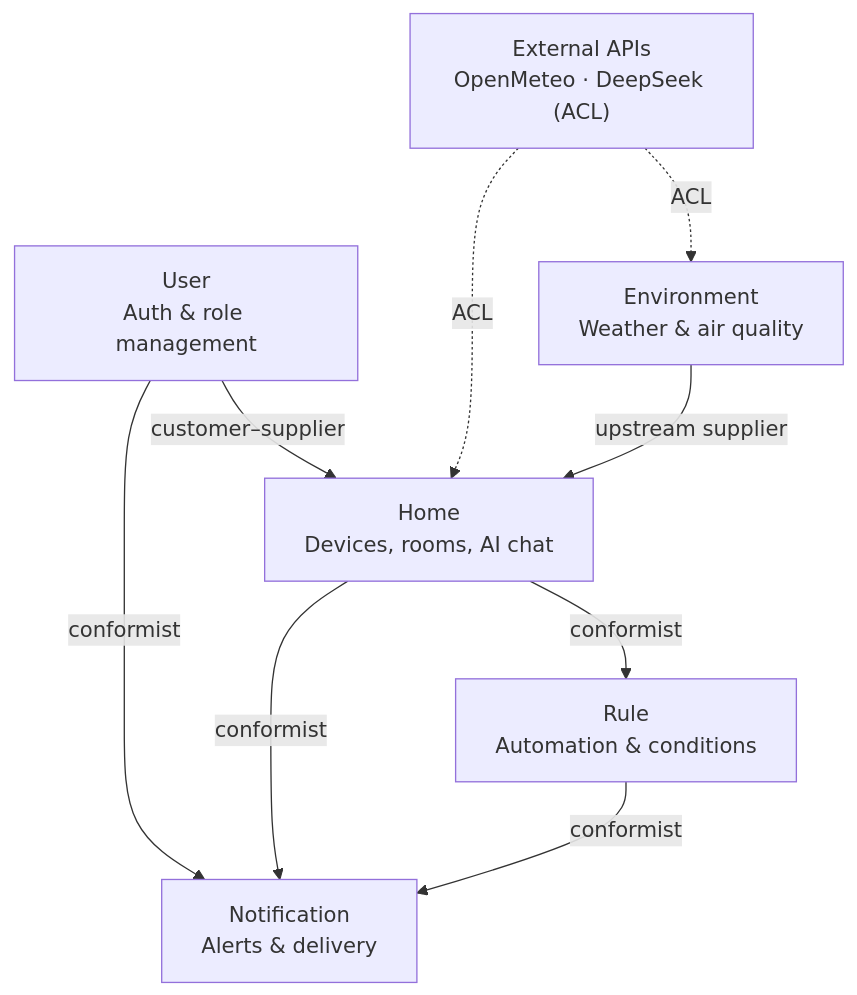
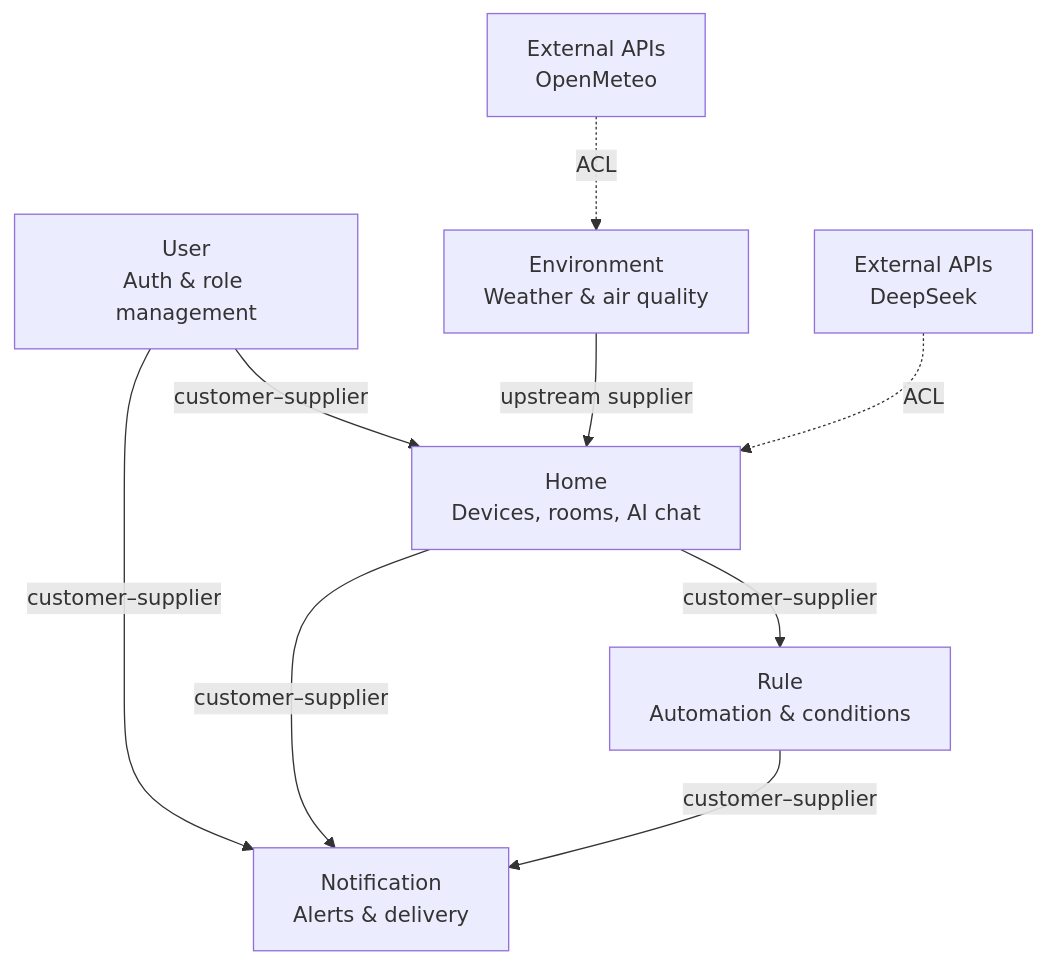
One commit to nicolo-mn/HiHome changed the fifth of 5 diagrams in docs-spe/design.md. Above: the diagram before and after it, drawn with Mermaid. The commit also changed other lines of this file and 2 other files, not shown here.

Commit message:
docs(spe): fix relationships models in design

````diff
--- a/docs-spe/design.md
+++ b/docs-spe/design.md
@@ -211,18 +210,19 @@
 ```mermaid
 graph TD
-    User["User\nAuth & role management"]
-    Home["Home\nDevices, rooms, AI chat"]
-    Rule["Rule\nAutomation & conditions"]
-    Notification["Notification\nAlerts & delivery"]
-    Environment["Environment\nWeather & air quality"]
-    ExtAPIs["External APIs\nOpenMeteo · DeepSeek (ACL)"]
+    User["User<br/>Auth & role management"]
+    Home["Home<br/>Devices, rooms, AI chat"]
+    Rule["Rule<br/>Automation & conditions"]
+    Notification["Notification<br/>Alerts & delivery"]
+    Environment["Environment<br/>Weather & air quality"]
+    ExtAPIOpenMeteo["External APIs<br/>OpenMeteo"]
+    ExtAPIDeepSeek["External APIs<br/>DeepSeek"]
 
     User -->|customer–supplier| Home
-    Home -->|conformist| Rule
-    Home -->|conformist| Notification
-    Rule -->|conformist| Notification
-    User -->|conformist| Notification
+    Home -->|customer–supplier| Rule
+    Home -->|customer–supplier| Notification
+    Rule -->|customer–supplier| Notification
+    User -->|customer–supplier| Notification
     Environment -->|upstream supplier| Home
-    ExtAPIs -.->|ACL| Environment
-    ExtAPIs -.->|ACL| Home
+    ExtAPIOpenMeteo -.->|ACL| Environment
+    ExtAPIDeepSeek -.->|ACL| Home
 ```
````
